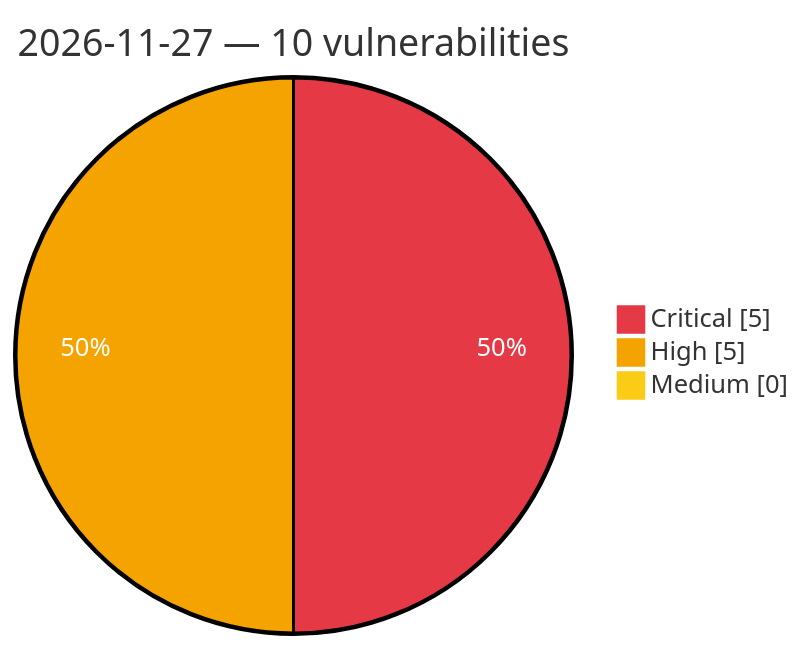
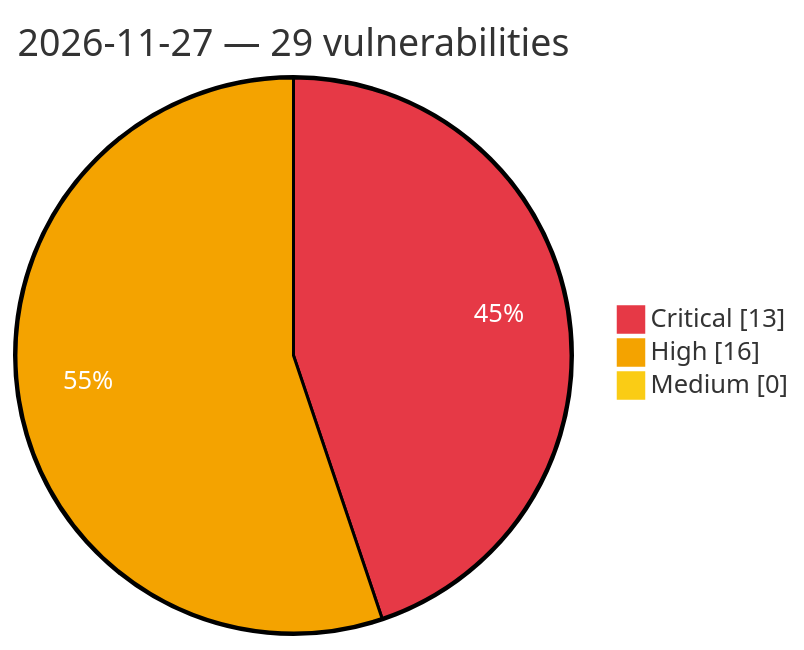
Before and after one commit to GhostX0X/vuln-tracker: the diagram in vulnerabilities/2026/November/2026-11-27.md, drawn with Mermaid. The commit also changed other lines of this file and 5 other files, not shown here.

Commit message:
Auto update: critical/high vulns (2026-11-27 13:33 UTC)

````diff
--- a/vulnerabilities/2026/November/2026-11-27.md
+++ b/vulnerabilities/2026/November/2026-11-27.md
@@ -3,8 +3,8 @@
 ```mermaid
 %%{init: {'theme':'base', 'themeVariables': {'pie1':'#e63946', 'pie2':'#f4a300', 'pie3':'#facc15', 'pieOpacity':'1', 'pieOuterStrokeWidth':'2px', 'pieSectionTextColor':'#ffffff'}}}%%
 pie showData
-    title 2026-11-27 — 10 vulnerabilities
-    "Critical" : 5
-    "High" : 5
+    title 2026-11-27 — 29 vulnerabilities
+    "Critical" : 13
+    "High" : 16
     "Medium" : 0
 ```
````
